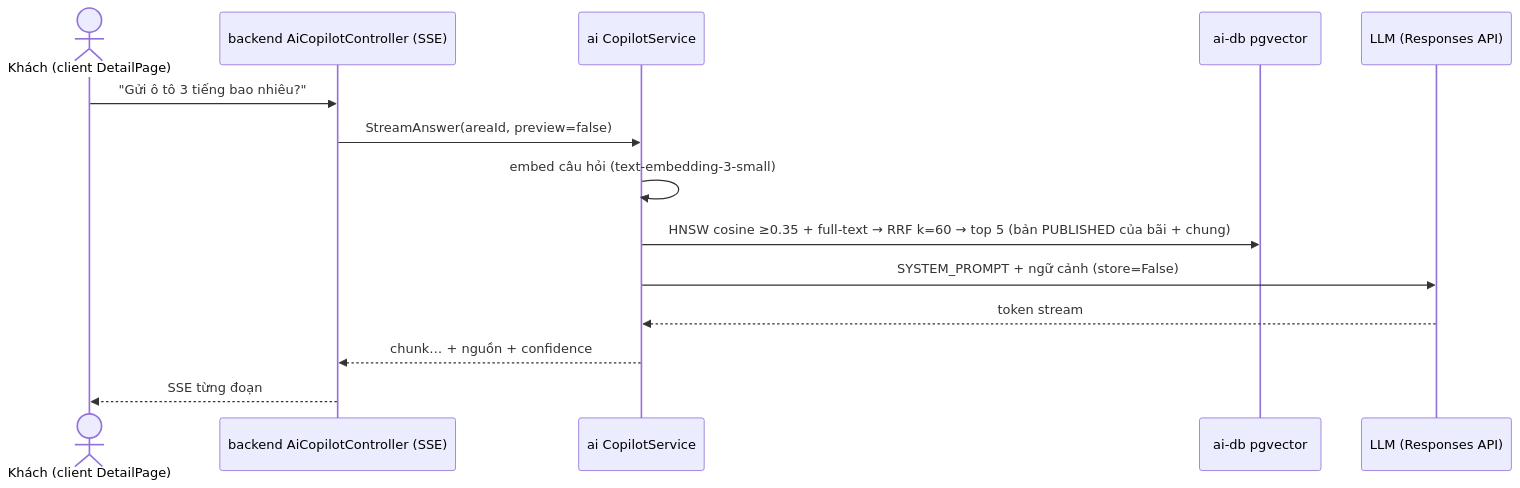
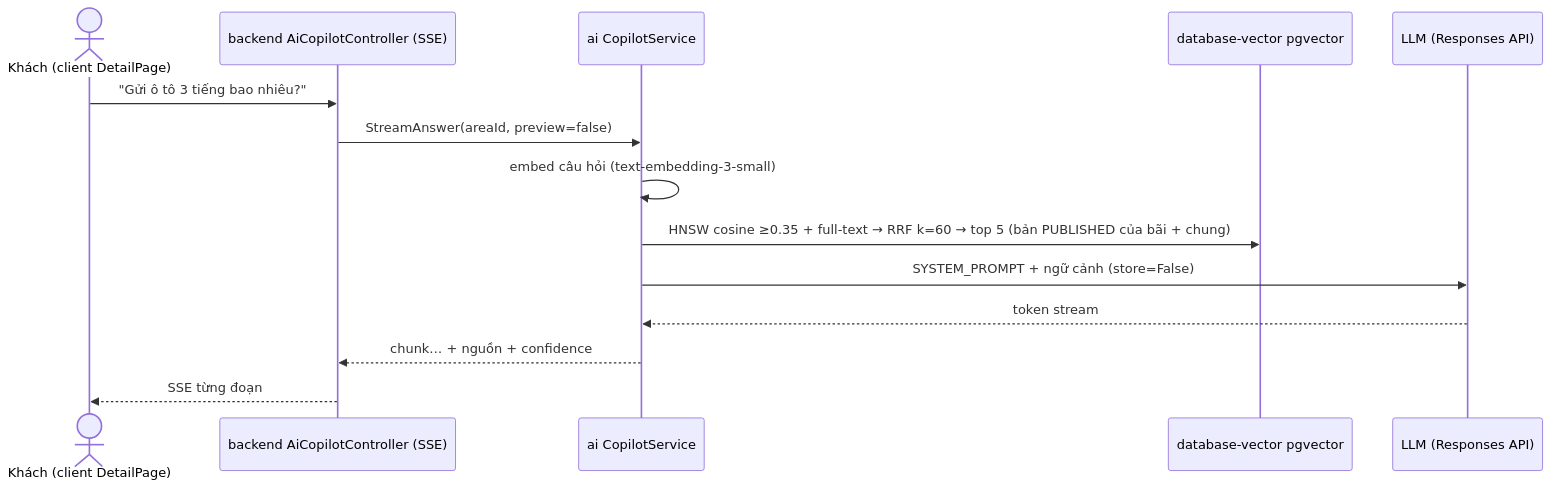
Before and after one commit to HiTranquility/IPLMS-AI: the diagram in app/core/copilot/README.md, drawn with Mermaid. The commit also changed other lines of this file and 19 other files, not shown here.

````diff
--- a/app/core/copilot/README.md
+++ b/app/core/copilot/README.md
@@ -63,16 +63,16 @@
 ```mermaid
 sequenceDiagram
     actor K as Khách (client DetailPage)
     participant B as backend AiCopilotController (SSE)
     participant AI as ai CopilotService
-    participant DB as ai-db pgvector
+    participant DB as database-vector pgvector
     participant L as LLM (Responses API)
     K->>B: "Gửi ô tô 3 tiếng bao nhiêu?"
     B->>AI: StreamAnswer(areaId, preview=false)
     AI->>AI: embed câu hỏi (text-embedding-3-small)
     AI->>DB: HNSW cosine ≥0.35 + full-text → RRF k=60 → top 5 (bản PUBLISHED của bãi + chung)
     AI->>L: SYSTEM_PROMPT + ngữ cảnh (store=False)
     L-->>AI: token stream
     AI-->>B: chunk…  + nguồn + confidence
     B-->>K: SSE từng đoạn
 ```
````
